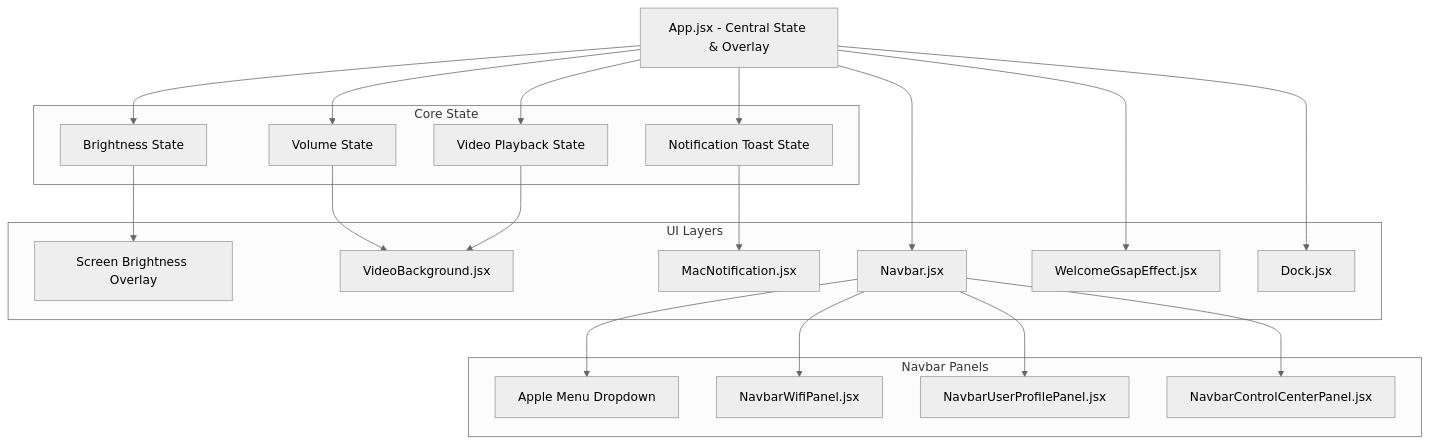
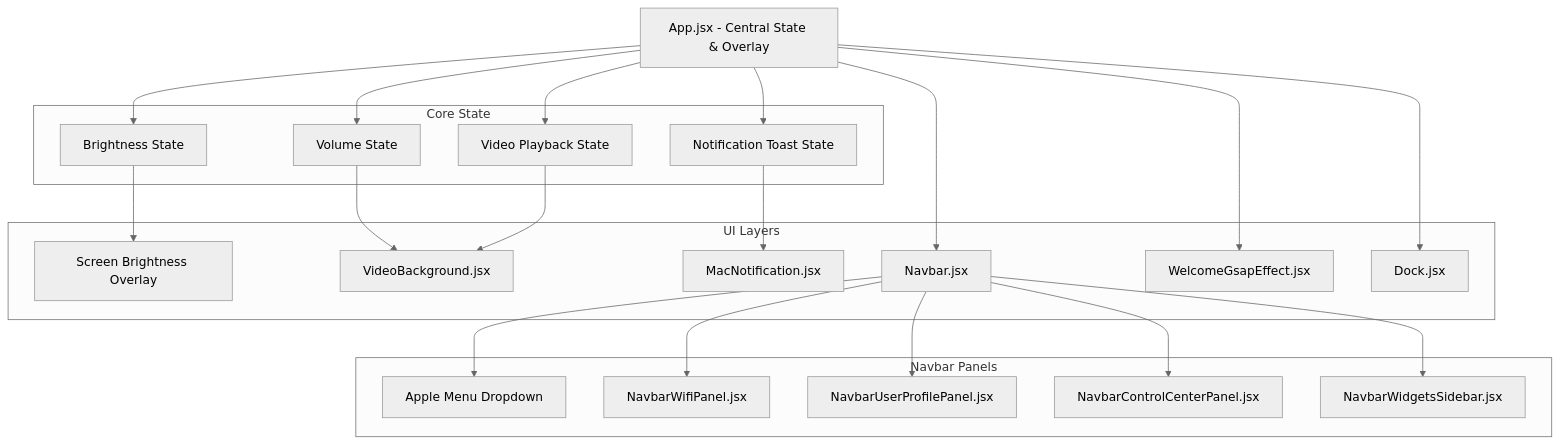
The first of 2 diagrams in README.md (Pratham707-S/Mac_OS_Portfolio_Practice_React_GSAP_Tailwind), drawn with Mermaid (neutral theme) before and after one commit. The commit also changed other lines of this file, not shown here.

````diff
--- a/README.md
+++ b/README.md
@@ -37,35 +53,36 @@
 ```mermaid
 graph TD
     App[App.jsx - Central State & Overlay]
     
     subgraph Core State
         B[Brightness State]
         V[Volume State]
         P[Video Playback State]
         N[Notification Toast State]
     end
     
     subgraph UI Layers
         Overlay[Screen Brightness Overlay]
         Vid[VideoBackground.jsx]
         Nav[Navbar.jsx]
         Toast[MacNotification.jsx]
         Welcome[WelcomeGsapEffect.jsx]
         DockBar[Dock.jsx]
     end
     
     subgraph Navbar Panels
         AppleMenu[Apple Menu Dropdown]
         WifiPanel[NavbarWifiPanel.jsx]
         UserPanel[NavbarUserProfilePanel.jsx]
         ControlCenter[NavbarControlCenterPanel.jsx]
+        WidgetsSidebar[NavbarWidgetsSidebar.jsx]
     end
 
     App --> B & V & P & N
     B --> Overlay
     V & P --> Vid
     N --> Toast
-    App --> Nav --> AppleMenu & WifiPanel & UserPanel & ControlCenter
+    App --> Nav --> AppleMenu & WifiPanel & UserPanel & ControlCenter & WidgetsSidebar
     App --> Welcome
     App --> DockBar
 ```
````
